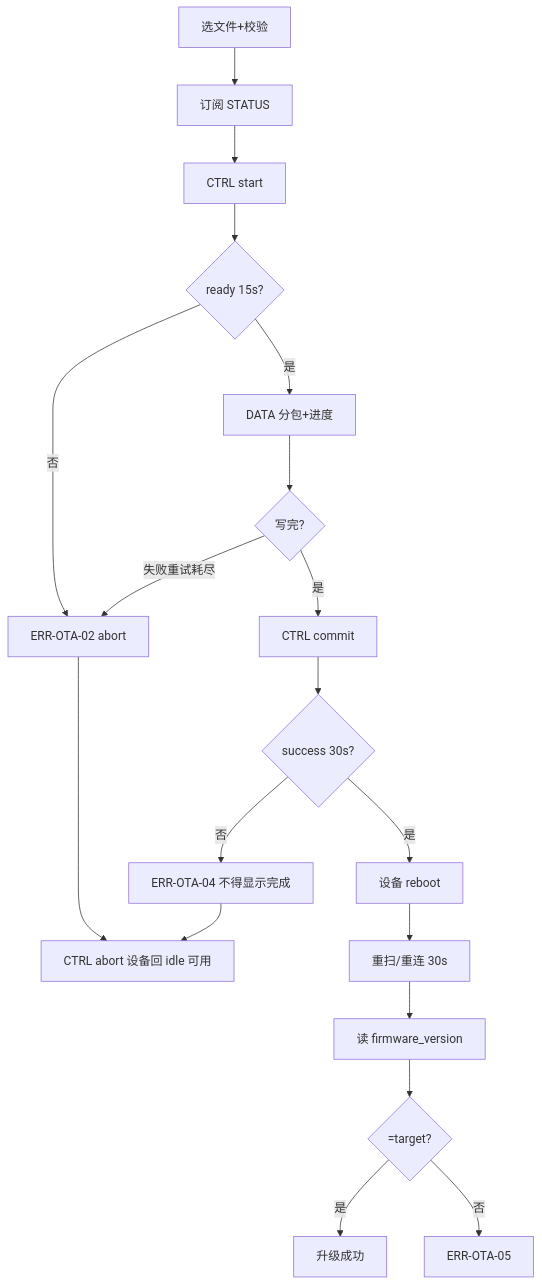
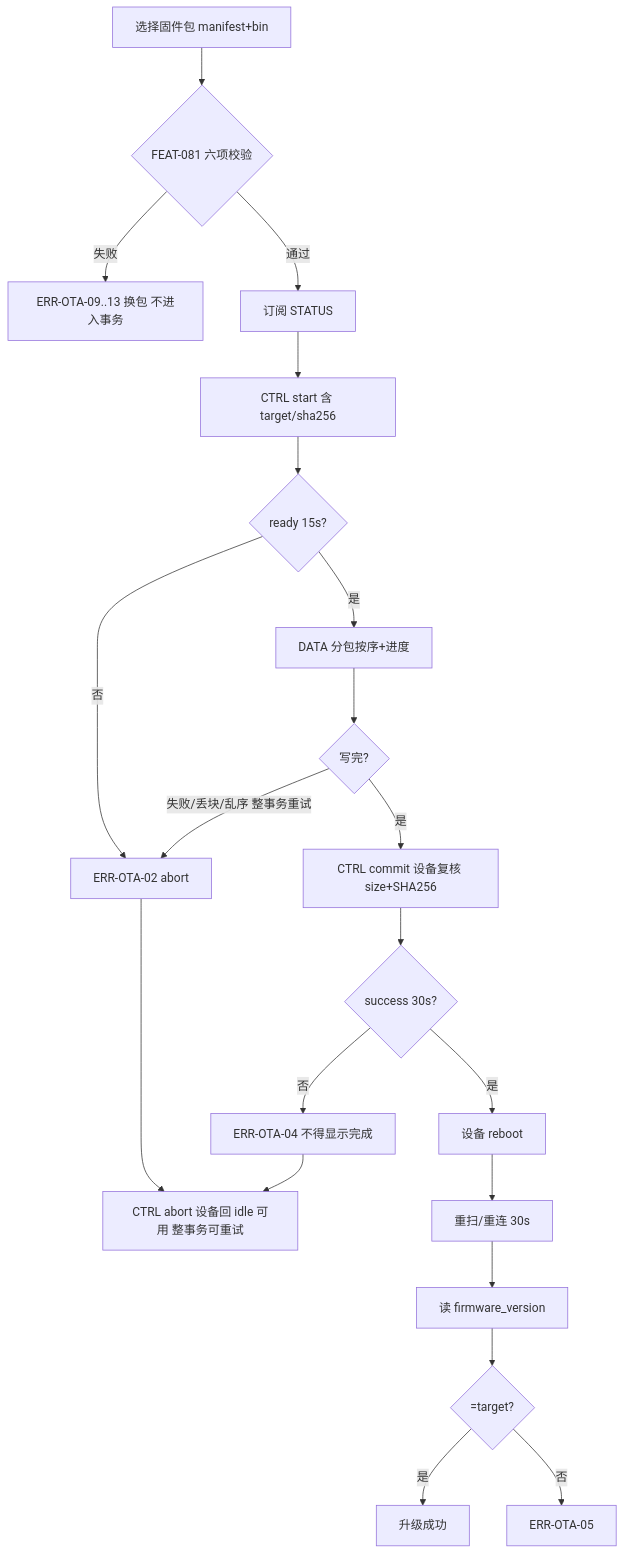
One commit to LuoYaoSheng/smart-ble changed diagram 17 of 28 in docs/target-product/06_TARGET_USER_FLOWS.md. Above: the diagram before and after it, drawn with Mermaid. The commit also changed other lines of this file and 48 other files, not shown here.

````diff
--- a/docs/target-product/06_TARGET_USER_FLOWS.md
+++ b/docs/target-product/06_TARGET_USER_FLOWS.md
@@ -371,20 +376,22 @@
 ```mermaid
 flowchart TD
-  A[选文件+校验] --> B[订阅 STATUS]
-  B --> C[CTRL start]
+  A[选择固件包 manifest+bin] --> A1{FEAT-081 六项校验}
+  A1 -- 失败 --> A2[ERR-OTA-09..13 换包 不进入事务]
+  A1 -- 通过 --> B[订阅 STATUS]
+  B --> C[CTRL start 含 target/sha256]
   C --> D{ready 15s?}
   D -- 否 --> X[ERR-OTA-02 abort]
-  D -- 是 --> E[DATA 分包+进度]
+  D -- 是 --> E[DATA 分包按序+进度]
   E --> F{写完?}
-  F -- 失败重试耗尽 --> X
-  F -- 是 --> G[CTRL commit]
+  F -- 失败/丢块/乱序 整事务重试 --> X
+  F -- 是 --> G[CTRL commit 设备复核 size+SHA256]
   G --> H{success 30s?}
   H -- 否 --> Y[ERR-OTA-04 不得显示完成]
   H -- 是 --> I[设备 reboot]
   I --> J[重扫/重连 30s]
   J --> K[读 firmware_version]
   K --> L{=target?}
   L -- 是 --> M[升级成功]
   L -- 否 --> N[ERR-OTA-05]
-  X & Y --> O[CTRL abort 设备回 idle 可用]
+  X & Y --> O[CTRL abort 设备回 idle 可用 整事务可重试]
 ```
````
